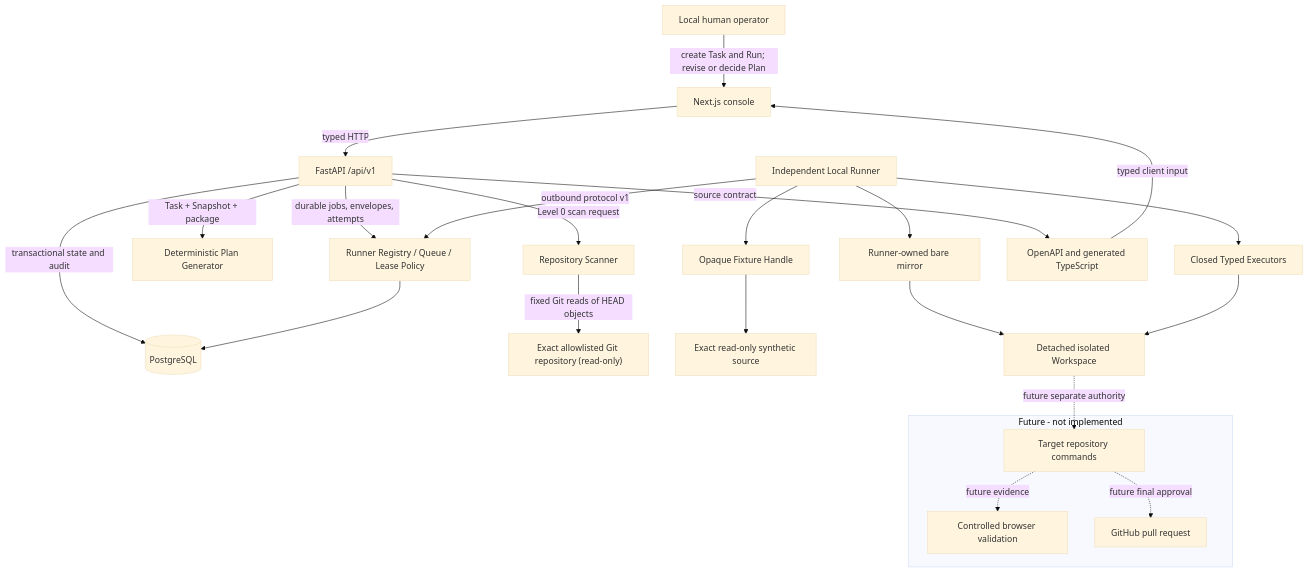
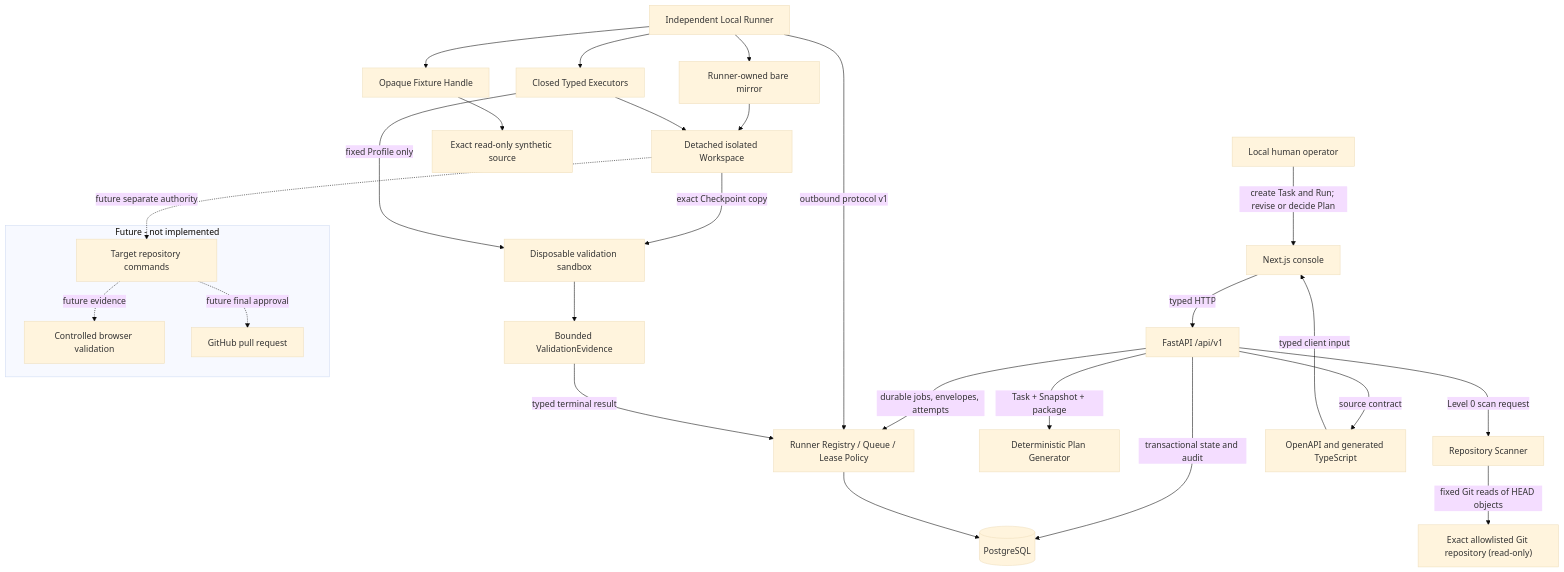
One commit to dankk0220abc-prog/visual-engineer changed the first of 5 diagrams in docs/architecture/system-overview.md. Above: the diagram before and after it, drawn with Mermaid (base theme). The commit also changed other lines of this file and 59 other files, not shown here.

````diff
--- a/docs/architecture/system-overview.md
+++ b/docs/architecture/system-overview.md
@@ -7,46 +8,52 @@
 ```mermaid
 flowchart TB
     H["Local human operator"]
     W["Next.js console"]
     A["FastAPI /api/v1"]
     D[("PostgreSQL")]
     S["Repository Scanner"]
     R["Exact allowlisted Git repository (read-only)"]
     P["Deterministic Plan Generator"]
     Q["Runner Registry / Queue / Lease Policy"]
     LR["Independent Local Runner"]
     E["Closed Typed Executors"]
     HND["Opaque Fixture Handle"]
     SRC["Exact read-only synthetic source"]
     M["Runner-owned bare mirror"]
     IW["Detached isolated Workspace"]
+    VS["Disposable validation sandbox"]
+    VE["Bounded ValidationEvidence"]
     O["OpenAPI and generated TypeScript"]
 
     H -->|"create Task and Run; revise or decide Plan"| W
     W -->|"typed HTTP"| A
     A -->|"transactional state and audit"| D
     A -->|"Level 0 scan request"| S
     S -->|"fixed Git reads of HEAD objects"| R
     A -->|"Task + Snapshot + package"| P
     A -->|"durable jobs, envelopes, attempts"| Q
     Q --> D
     LR -->|"outbound protocol v1"| Q
     LR --> E
     LR --> HND
     HND --> SRC
     LR --> M
     M --> IW
     E --> IW
+    IW -->|"exact Checkpoint copy"| VS
+    E -->|"fixed Profile only"| VS
+    VS --> VE
+    VE -->|"typed terminal result"| Q
     A -->|"source contract"| O
     O -->|"typed client input"| W
 
     subgraph Future["Future - not implemented"]
         B["Controlled browser validation"]
         G["GitHub pull request"]
         C["Target repository commands"]
     end
 
     IW -. "future separate authority" .-> C
     C -. "future evidence" .-> B
     C -. "future final approval" .-> G
 ```
````
